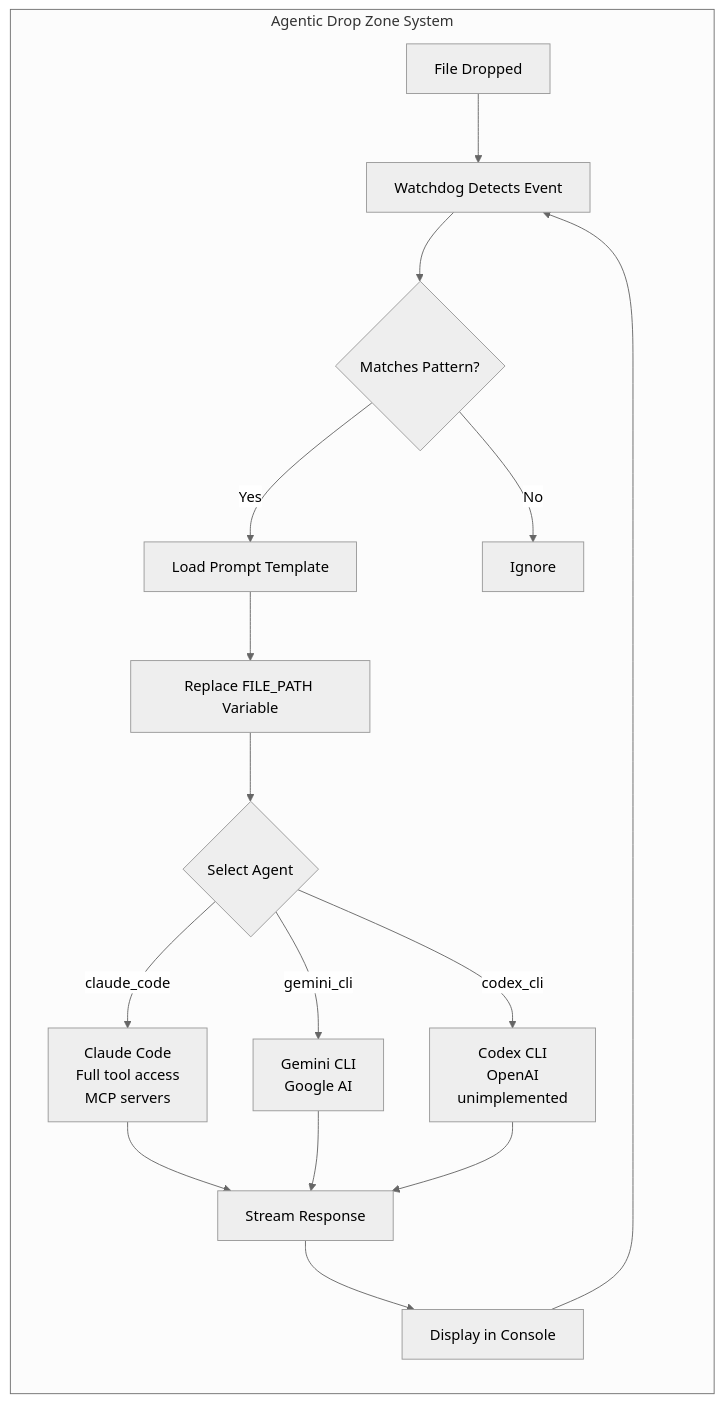
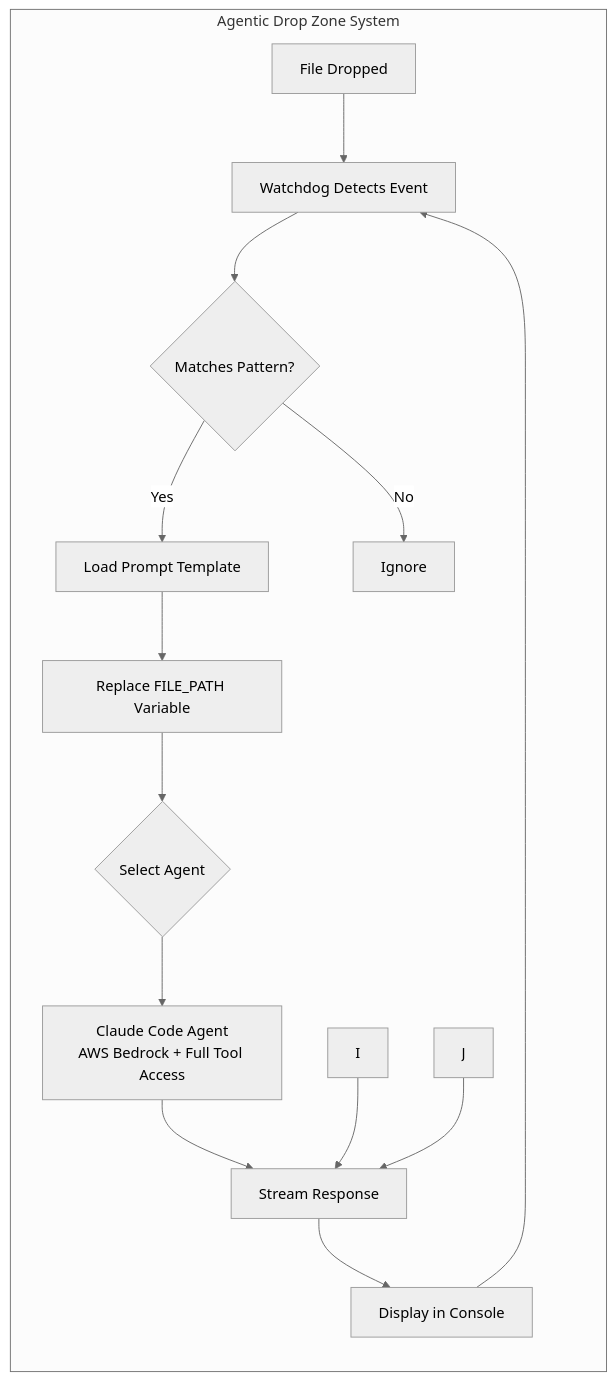
Before and after one commit to rartzi/agentic-drop-zones: the diagram in README.md, drawn with Mermaid (neutral theme). The commit also changed other lines of this file and 29 other files, not shown here.

````diff
--- a/README.md
+++ b/README.md
@@ -18,19 +17,17 @@
 ```mermaid
 graph LR
     subgraph "Agentic Drop Zone System"
         A[File Dropped] --> B[Watchdog Detects Event]
         B --> C{Matches Pattern?}
         C -->|Yes| D[Load Prompt Template]
         C -->|No| E[Ignore]
         D --> F[Replace FILE_PATH Variable]
         F --> G{Select Agent}
-        G -->|claude_code| H[Claude Code<br/>Full tool access<br/>MCP servers]
-        G -->|gemini_cli| I[Gemini CLI<br/>Google AI<br/>]
-        G -->|codex_cli| J[Codex CLI<br/>OpenAI<br/>unimplemented]
+        G --> H[Claude Code Agent<br/>AWS Bedrock + Full Tool Access]
         H --> K[Stream Response]
         I --> K
         J --> K
         K --> L[Display in Console]
         L --> B
     end
 ```
````
